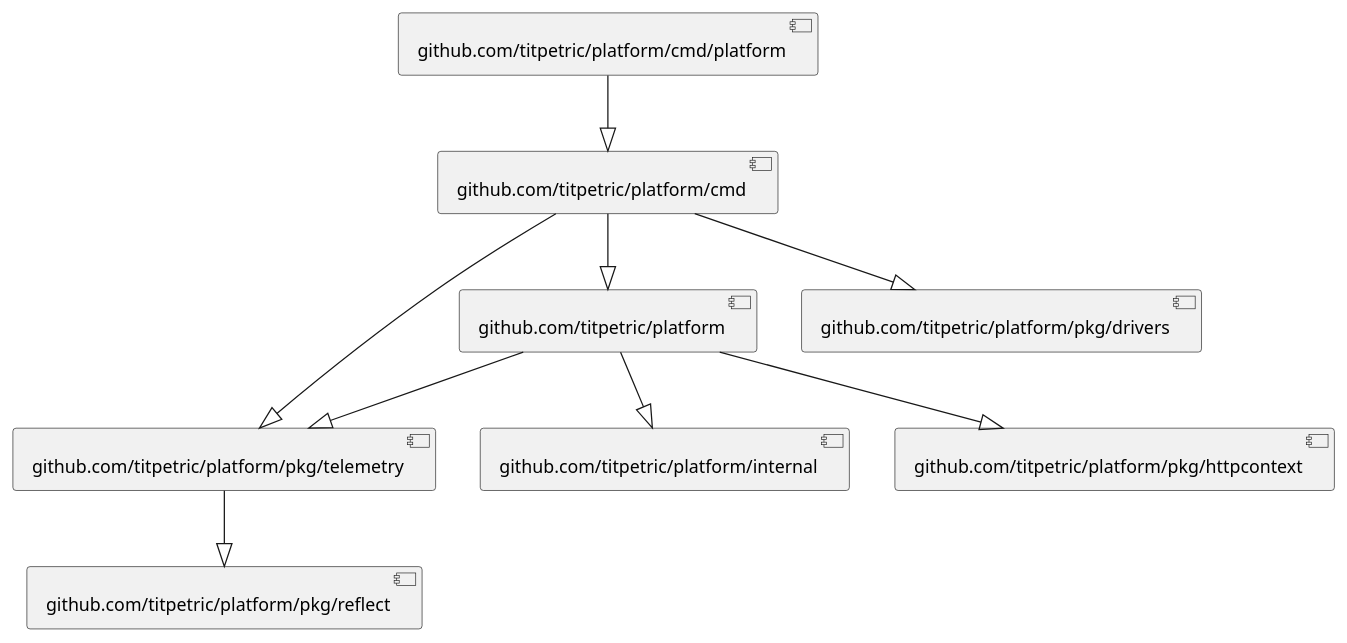
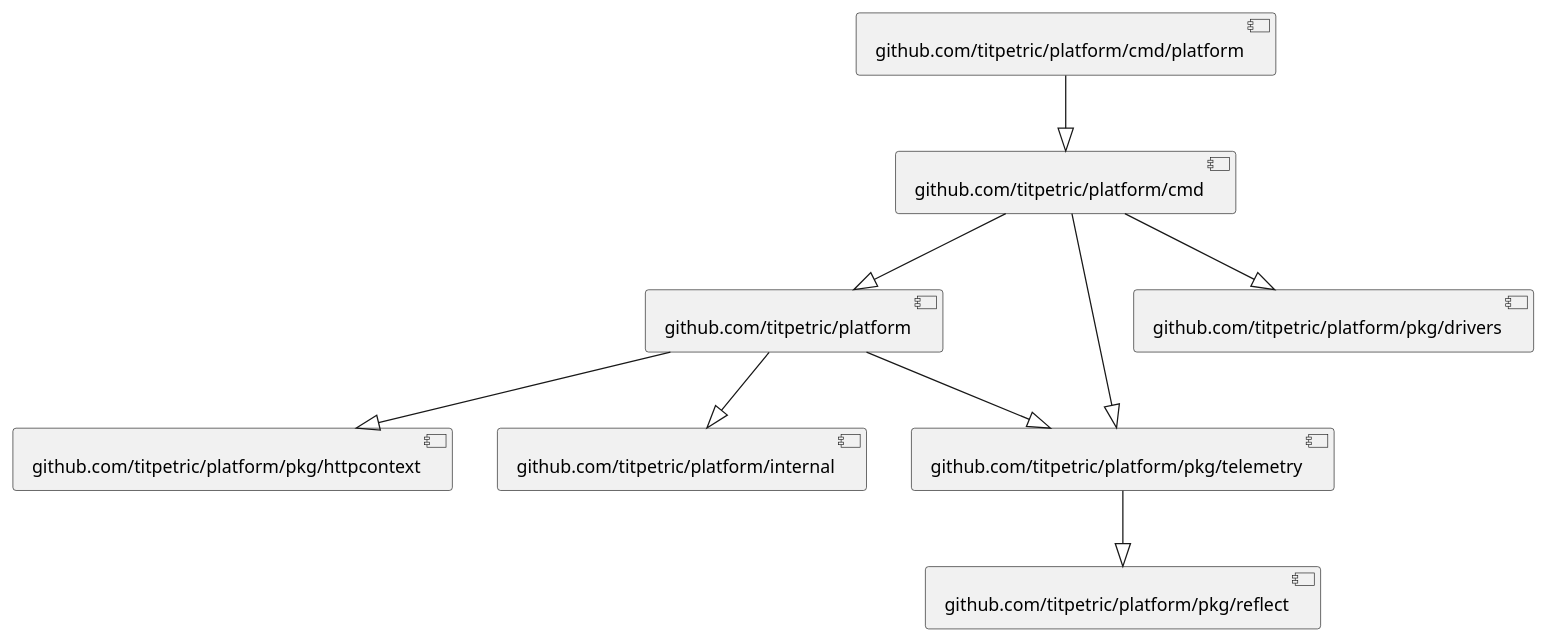
One commit to titpetric/platform changed the diagram in docs/imports.puml. Above: the diagram before and after it, drawn with PlantUML. The commit also changed other lines of this file and 1 other file, not shown here.

```diff
--- a/docs/imports.puml
+++ b/docs/imports.puml
@@ -1,10 +1,10 @@
 @startuml
-[github.com/titpetric/platform/pkg/telemetry] --|> [github.com/titpetric/platform/pkg/reflect]
+[github.com/titpetric/platform] --|> [github.com/titpetric/platform/pkg/httpcontext]
+[github.com/titpetric/platform] --|> [github.com/titpetric/platform/pkg/telemetry]
 [github.com/titpetric/platform] --|> [github.com/titpetric/platform/internal]
-[github.com/titpetric/platform] --|> [github.com/titpetric/platform/pkg/telemetry]
-[github.com/titpetric/platform] --|> [github.com/titpetric/platform/pkg/httpcontext]
 [github.com/titpetric/platform/cmd] --|> [github.com/titpetric/platform]
 [github.com/titpetric/platform/cmd] --|> [github.com/titpetric/platform/pkg/drivers]
 [github.com/titpetric/platform/cmd] --|> [github.com/titpetric/platform/pkg/telemetry]
 [github.com/titpetric/platform/cmd/platform] --|> [github.com/titpetric/platform/cmd]
+[github.com/titpetric/platform/pkg/telemetry] --|> [github.com/titpetric/platform/pkg/reflect]
 @enduml
```
